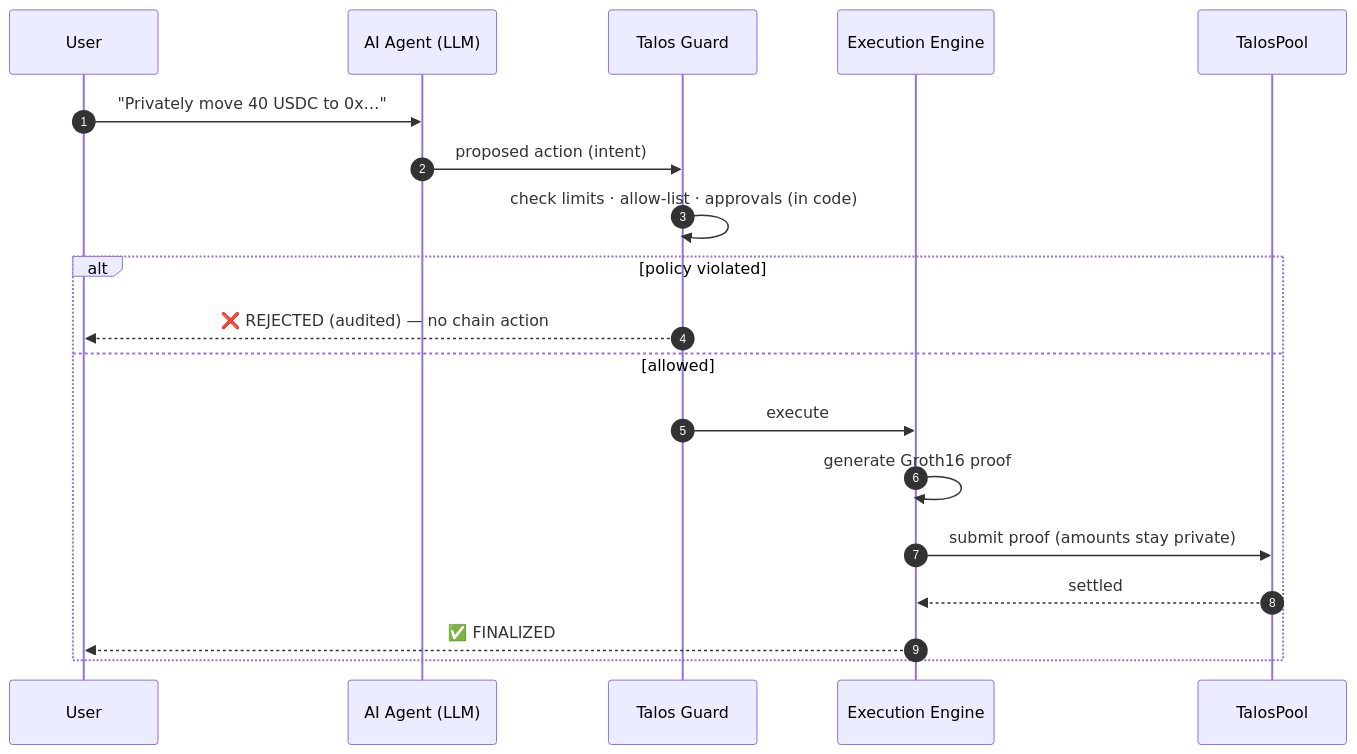
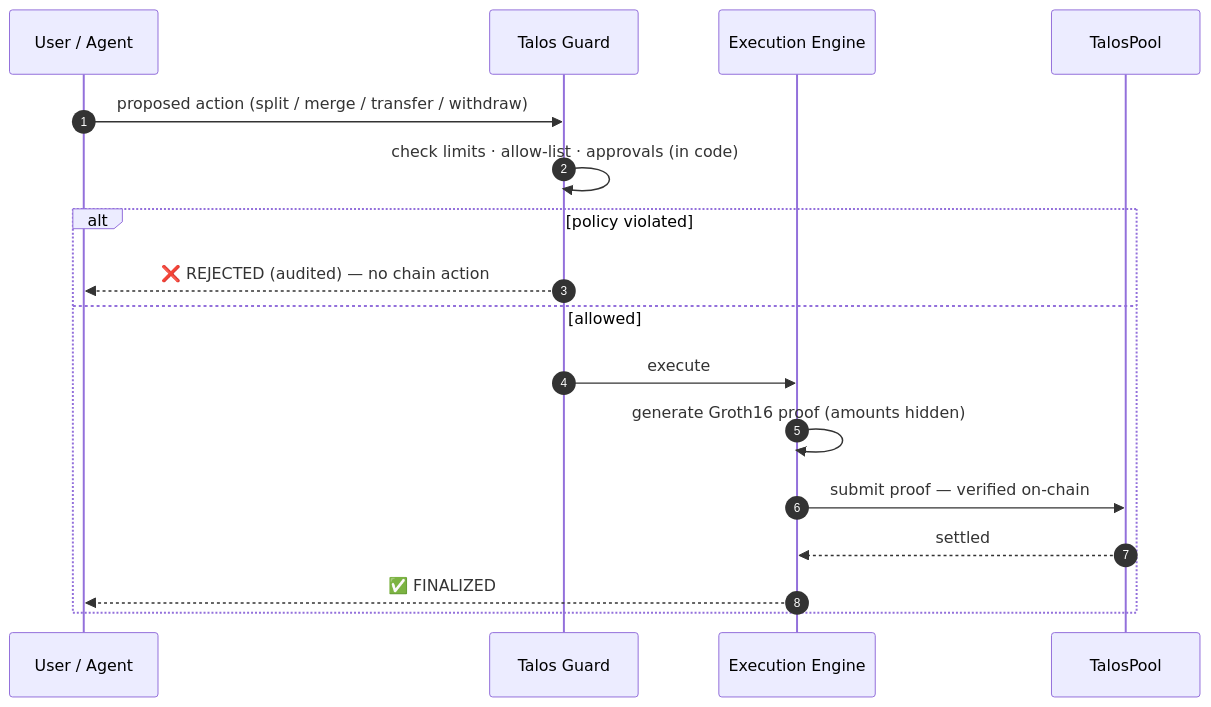
Before and after one commit to cypherpulse/talos: the fourth of 5 diagrams in README.md, drawn with Mermaid. The commit also changed other lines of this file, not shown here.

````diff
--- a/README.md
+++ b/README.md
@@ -149,22 +275,20 @@
 ```mermaid
 sequenceDiagram
     autonumber
-    participant U as User
-    participant A as AI Agent (LLM)
+    participant U as User / Agent
     participant G as Talos Guard
     participant E as Execution Engine
     participant P as TalosPool
 
-    U->>A: "Privately move 40 USDC to 0x…"
-    A->>G: proposed action (intent)
+    U->>G: proposed action (split / merge / transfer / withdraw)
     G->>G: check limits · allow-list · approvals (in code)
     alt policy violated
         G-->>U: ❌ REJECTED (audited) — no chain action
     else allowed
         G->>E: execute
-        E->>E: generate Groth16 proof
-        E->>P: submit proof (amounts stay private)
+        E->>E: generate Groth16 proof (amounts hidden)
+        E->>P: submit proof — verified on-chain
         P-->>E: settled
         E-->>U: ✅ FINALIZED
     end
 ```
````
